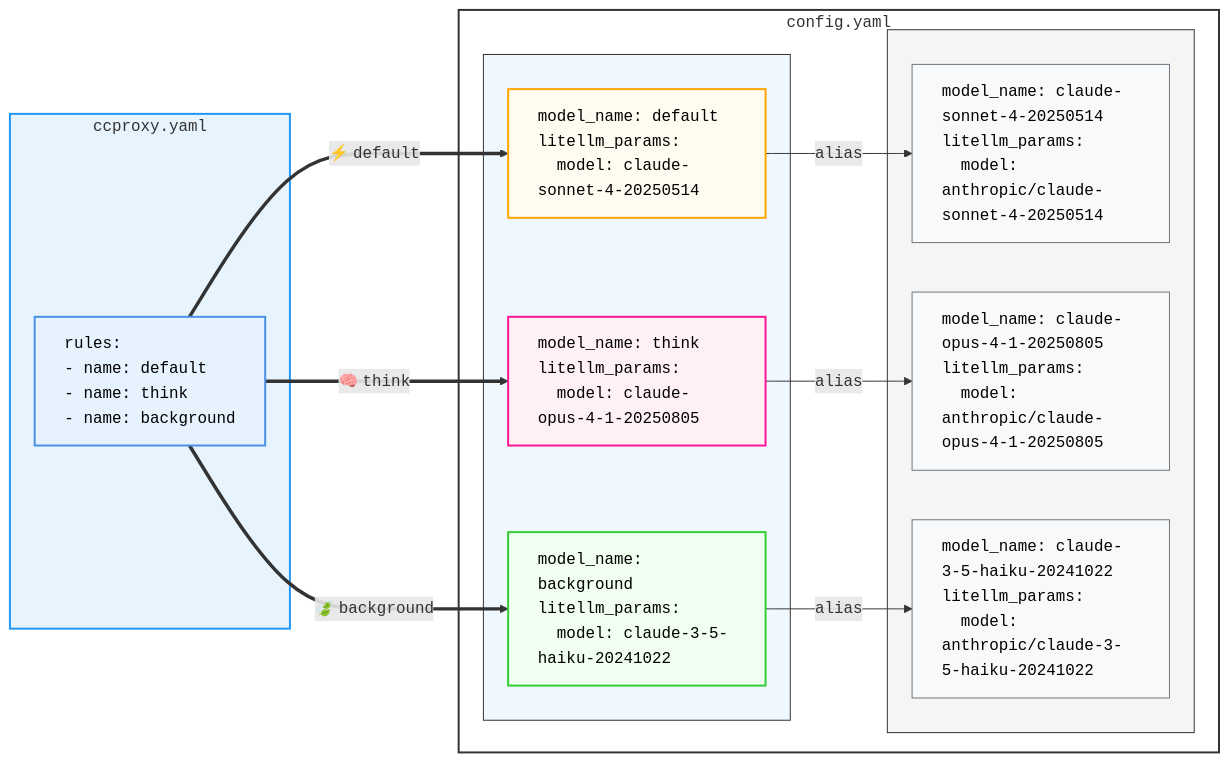
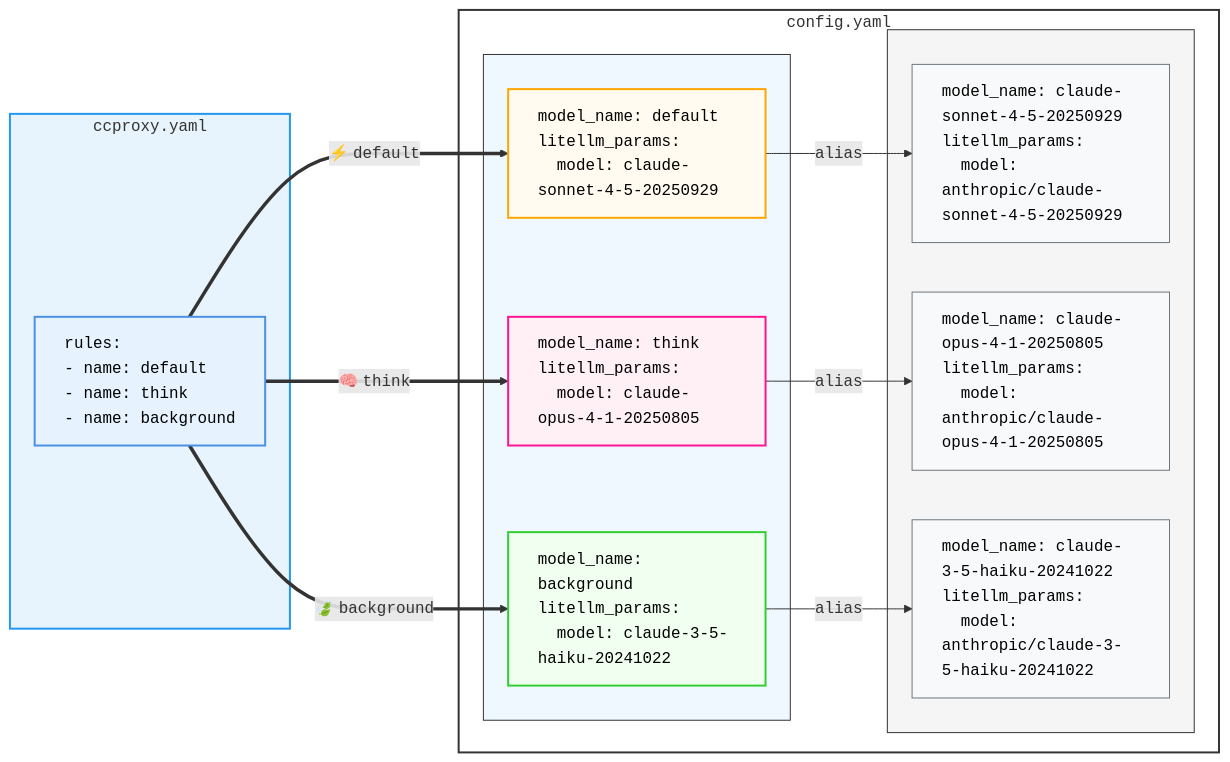
Before and after one commit to starbased-co/ccproxy: the diagram in README.md, drawn with Mermaid. The commit also changed other lines of this file and 19 other files, not shown here.

First line of the commit message:
docs: update model references to Claude 4.5 versions

````diff
--- a/README.md
+++ b/README.md
@@ -100,43 +118,43 @@
 ```mermaid
 graph LR
     subgraph ccproxy_yaml["<code>ccproxy.yaml</code>"]
         R1["<div style='text-align:left'><code>rules:</code><br/><code>- name: default</code><br/><code>- name: think</code><br/><code>- name: background</code></div>"]
     end
 
     subgraph config_yaml["<code>config.yaml</code>"]
         subgraph aliases[" "]
-            A1["<div style='text-align:left'><code>model_name: default</code><br/><code>litellm_params:</code><br/><code>&nbsp;&nbsp;model: claude-sonnet-4-20250514</code></div>"]
+            A1["<div style='text-align:left'><code>model_name: default</code><br/><code>litellm_params:</code><br/><code>&nbsp;&nbsp;model: claude-sonnet-4-5-20250929</code></div>"]
             A2["<div style='text-align:left'><code>model_name: think</code><br/><code>litellm_params:</code><br/><code>&nbsp;&nbsp;model: claude-opus-4-1-20250805</code></div>"]
             A3["<div style='text-align:left'><code>model_name: background</code><br/><code>litellm_params:</code><br/><code>&nbsp;&nbsp;model: claude-3-5-haiku-20241022</code></div>"]
         end
 
         subgraph models[" "]
-            M1["<div style='text-align:left'><code>model_name: claude-sonnet-4-20250514</code><br/><code>litellm_params:</code><br/><code>&nbsp;&nbsp;model: anthropic/claude-sonnet-4-20250514</code></div>"]
+            M1["<div style='text-align:left'><code>model_name: claude-sonnet-4-5-20250929</code><br/><code>litellm_params:</code><br/><code>&nbsp;&nbsp;model: anthropic/claude-sonnet-4-5-20250929</code></div>"]
             M2["<div style='text-align:left'><code>model_name: claude-opus-4-1-20250805</code><br/><code>litellm_params:</code><br/><code>&nbsp;&nbsp;model: anthropic/claude-opus-4-1-20250805</code></div>"]
             M3["<div style='text-align:left'><code>model_name: claude-3-5-haiku-20241022</code><br/><code>litellm_params:</code><br/><code>&nbsp;&nbsp;model: anthropic/claude-3-5-haiku-20241022</code></div>"]
         end
     end
 
     R1 ==>|"⚡ <code>default</code>"| A1
     R1 ==>|"🧠 <code>think</code>"| A2
     R1 ==>|"🍃 <code>background</code>"| A3
 
     A1 -->|"<code>alias</code>"| M1
     A2 -->|"<code>alias</code>"| M2
     A3 -->|"<code>alias</code>"| M3
 
     style R1 fill:#e6f3ff,stroke:#4a90e2,stroke-width:2px,color:#000
 
     style A1 fill:#fffbf0,stroke:#ffa500,stroke-width:2px,color:#000
     style A2 fill:#fff0f5,stroke:#ff1493,stroke-width:2px,color:#000
     style A3 fill:#f0fff0,stroke:#32cd32,stroke-width:2px,color:#000
 
     style M1 fill:#f8f9fa,stroke:#6c757d,stroke-width:1px,color:#000
     style M2 fill:#f8f9fa,stroke:#6c757d,stroke-width:1px,color:#000
     style M3 fill:#f8f9fa,stroke:#6c757d,stroke-width:1px,color:#000
 
     style aliases fill:#f0f8ff,stroke:#333,stroke-width:1px
     style models fill:#f5f5f5,stroke:#333,stroke-width:1px
     style ccproxy_yaml fill:#e8f4fd,stroke:#2196F3,stroke-width:2px
     style config_yaml fill:#ffffff,stroke:#333,stroke-width:2px
 ```
````
